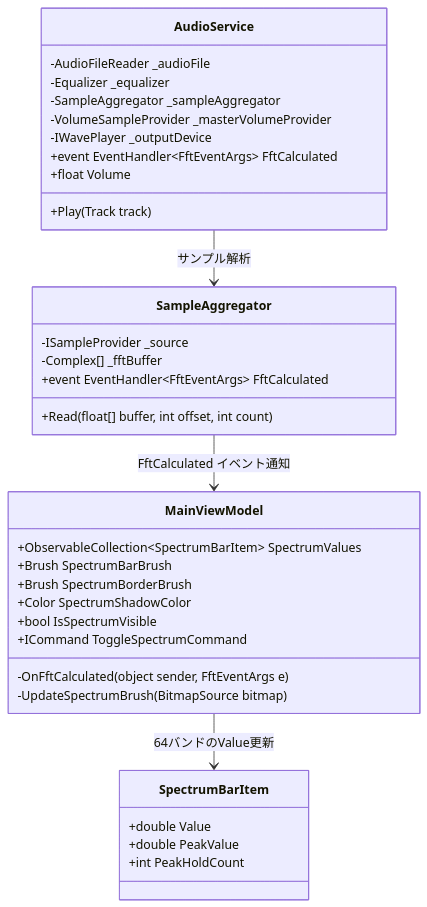
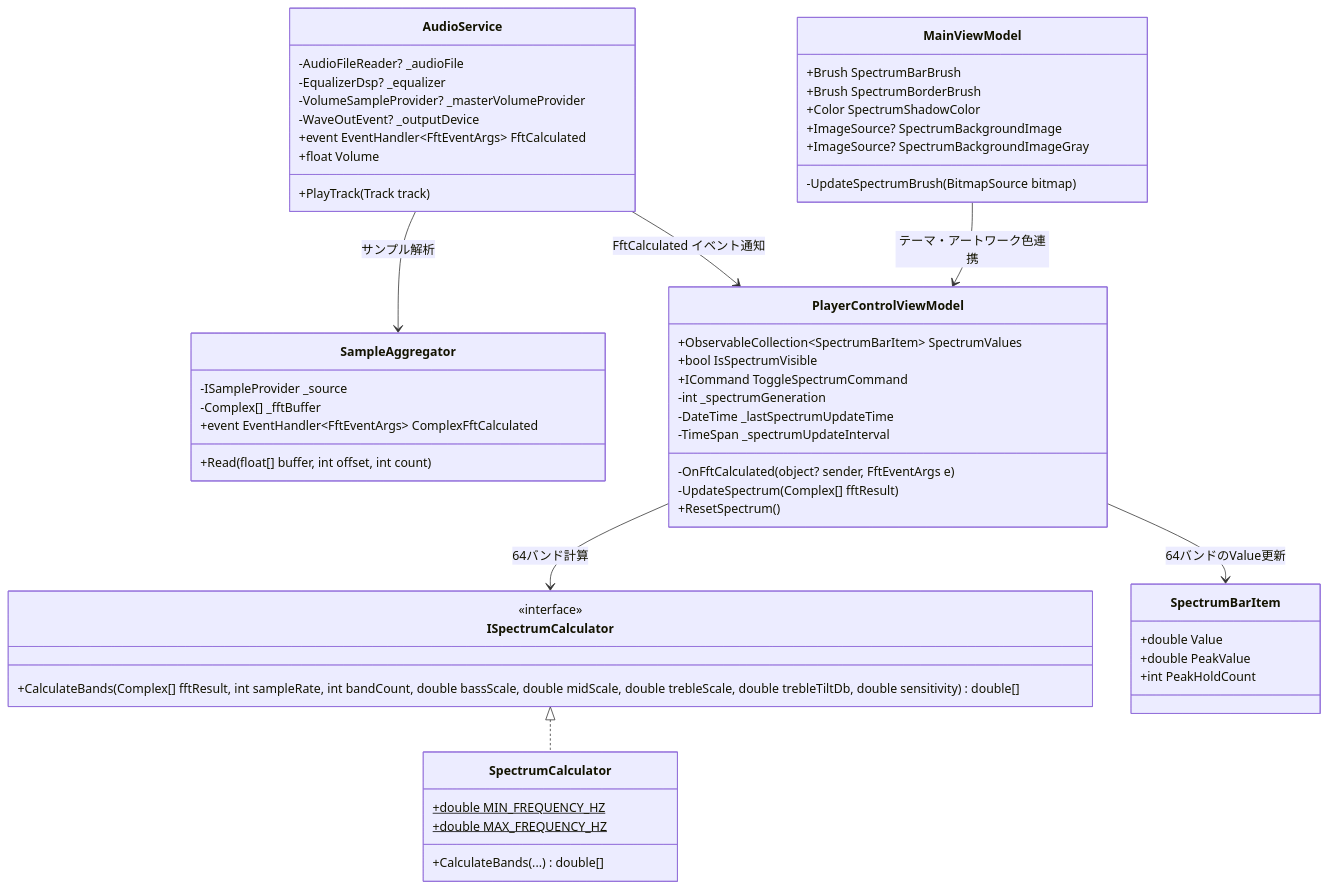
Before and after one commit to taketonnbo/Audio_Effector: the first of 2 diagrams in 設計/詳細設計/スペクトラムアナライザ.md, drawn with Mermaid. The commit also changed other lines of this file and 13 other files, not shown here.

````diff
--- a/設計/詳細設計/スペクトラムアナライザ.md
+++ b/設計/詳細設計/スペクトラムアナライザ.md
@@ -11,41 +11,64 @@
 ```mermaid
 classDiagram
     class AudioService {
-        -AudioFileReader _audioFile
-        -Equalizer _equalizer
-        -SampleAggregator _sampleAggregator
-        -VolumeSampleProvider _masterVolumeProvider
-        -IWavePlayer _outputDevice
+        -AudioFileReader? _audioFile
+        -EqualizerDsp? _equalizer
+        -VolumeSampleProvider? _masterVolumeProvider
+        -WaveOutEvent? _outputDevice
         +event EventHandler~FftEventArgs~ FftCalculated
         +float Volume
-        +Play(Track track)
+        +PlayTrack(Track track)
     }
 
     class SampleAggregator {
         -ISampleProvider _source
         -Complex[] _fftBuffer
-        +event EventHandler~FftEventArgs~ FftCalculated
+        +event EventHandler~FftEventArgs~ ComplexFftCalculated
         +Read(float[] buffer, int offset, int count)
     }
 
+    class ISpectrumCalculator {
+        <<interface>>
+        +CalculateBands(Complex[] fftResult, int sampleRate, int bandCount, double bassScale, double midScale, double trebleScale, double trebleTiltDb, double sensitivity) double[]
+    }
+
+    class SpectrumCalculator {
+        +double MIN_FREQUENCY_HZ$
+        +double MAX_FREQUENCY_HZ$
+        +CalculateBands(...) double[]
+    }
+
+    class PlayerControlViewModel {
+        +ObservableCollection~SpectrumBarItem~ SpectrumValues
+        +bool IsSpectrumVisible
+        +ICommand ToggleSpectrumCommand
+        -int _spectrumGeneration
+        -DateTime _lastSpectrumUpdateTime
+        -TimeSpan _spectrumUpdateInterval
+        -OnFftCalculated(object? sender, FftEventArgs e)
+        -UpdateSpectrum(Complex[] fftResult)
+        +ResetSpectrum()
+    }
+
     class MainViewModel {
-        +ObservableCollection~SpectrumBarItem~ SpectrumValues
         +Brush SpectrumBarBrush
         +Brush SpectrumBorderBrush
         +Color SpectrumShadowColor
-        +bool IsSpectrumVisible
-        +ICommand ToggleSpectrumCommand
-        -OnFftCalculated(object sender, FftEventArgs e)
+        +ImageSource? SpectrumBackgroundImage
+        +ImageSource? SpectrumBackgroundImageGray
         -UpdateSpectrumBrush(BitmapSource bitmap)
     }
 
     class SpectrumBarItem {
         +double Value
         +double PeakValue
         +int PeakHoldCount
     }
 
     AudioService --> SampleAggregator : サンプル解析
-    SampleAggregator --> MainViewModel : FftCalculated イベント通知
-    MainViewModel --> SpectrumBarItem : 64バンドのValue更新
+    ISpectrumCalculator <|.. SpectrumCalculator
+    AudioService --> PlayerControlViewModel : FftCalculated イベント通知
+    PlayerControlViewModel --> ISpectrumCalculator : 64バンド計算
+    PlayerControlViewModel --> SpectrumBarItem : 64バンドのValue更新
+    MainViewModel --> PlayerControlViewModel : テーマ・アートワーク色連携
 ```
````
